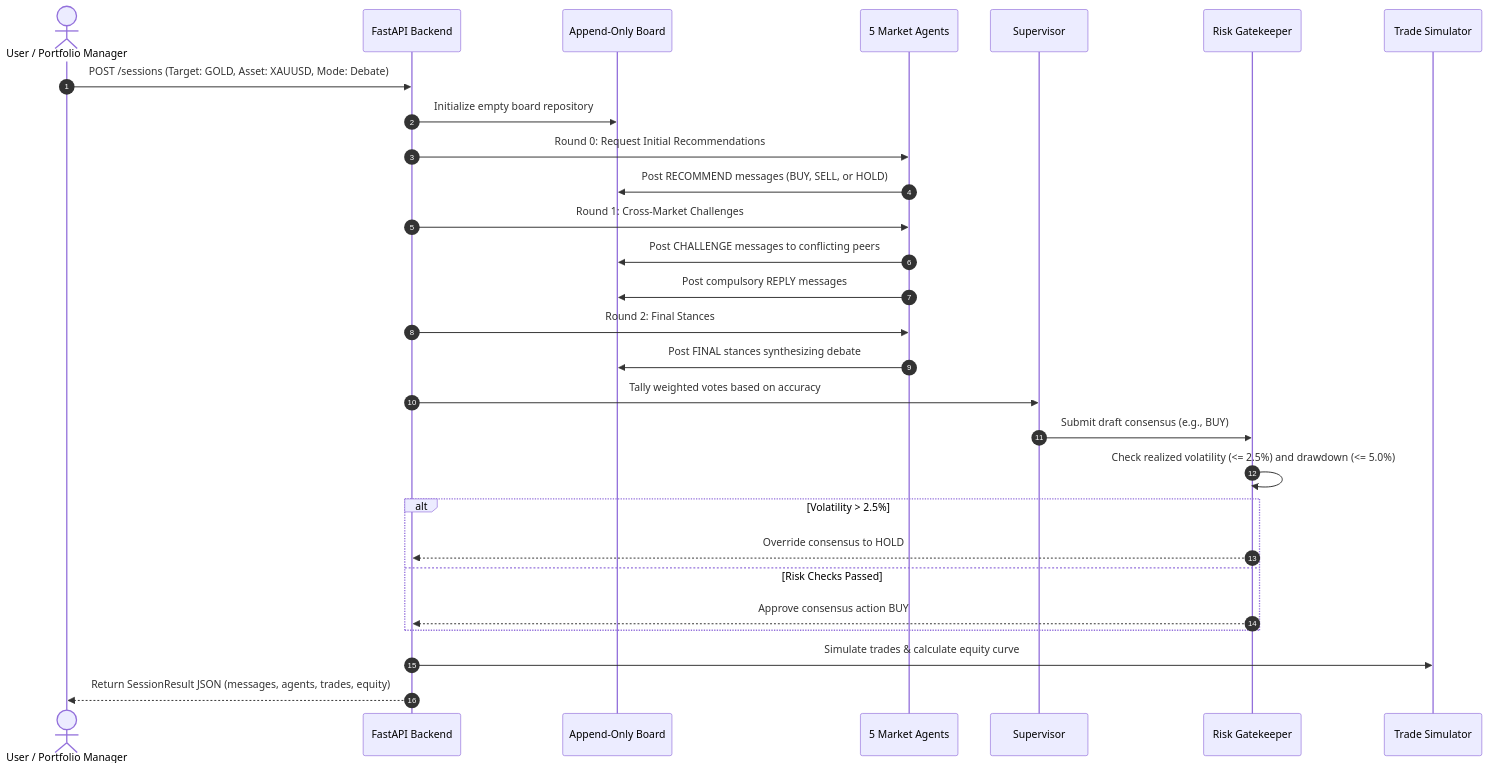
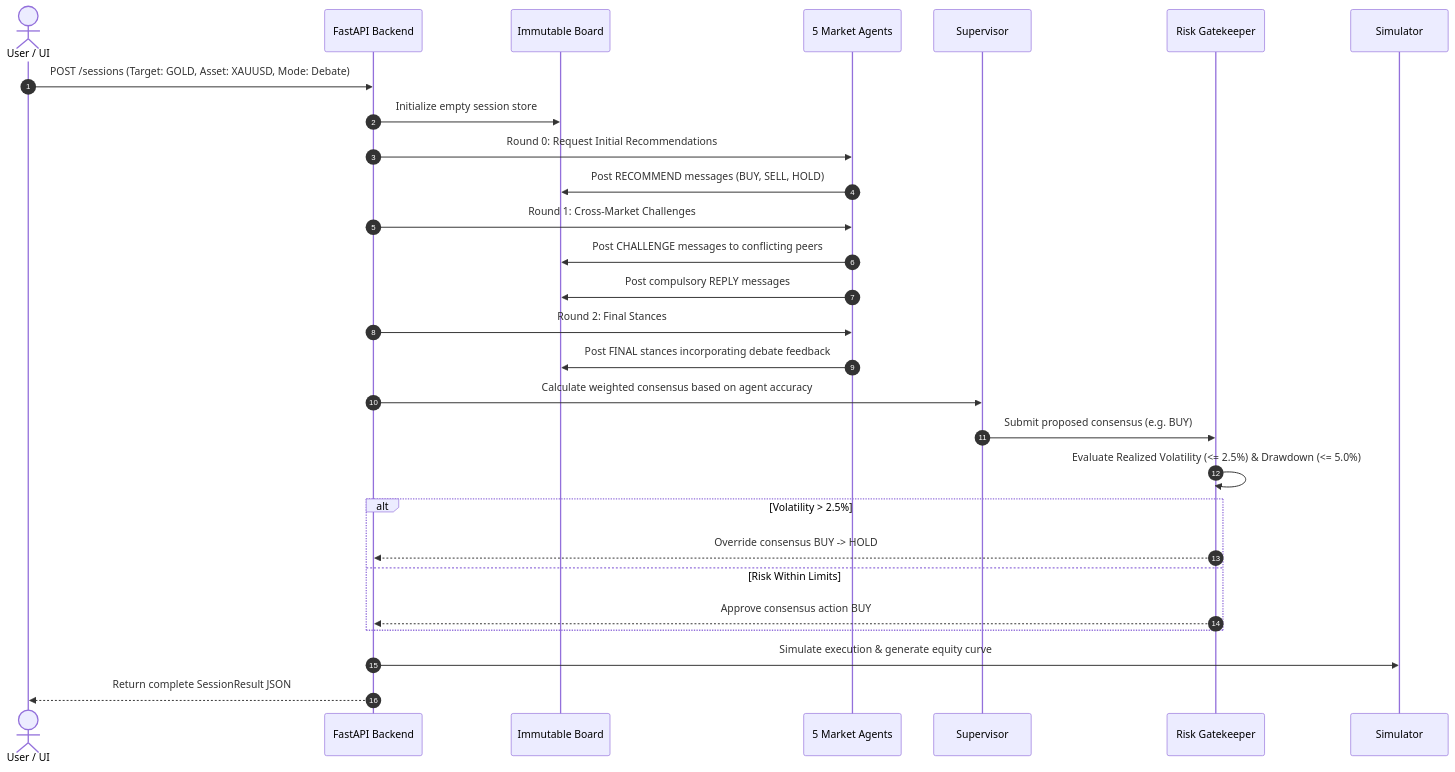
Before and after one commit to Shahmeer001/QORUM: the fourth of 5 diagrams in presentation.md, drawn with Mermaid. The commit also changed other lines of this file and 1 other file, not shown here.

Commit message:
Update presentation.md with full Marp-compatible slide deck, diagrams, and test details

````diff
--- a/presentation.md
+++ b/presentation.md
@@ -156,31 +131,31 @@
 ```mermaid
 sequenceDiagram
     autonumber
-    actor Trader as User / Portfolio Manager
+    actor Trader as User / UI
     participant API as FastAPI Backend
-    participant Board as Append-Only Board
+    participant Board as Immutable Board
     participant Agents as 5 Market Agents
     participant Sup as Supervisor
     participant Risk as Risk Gatekeeper
-    participant Sim as Trade Simulator
+    participant Sim as Simulator
 
     Trader->>API: POST /sessions (Target: GOLD, Asset: XAUUSD, Mode: Debate)
-    API->>Board: Initialize empty board repository
+    API->>Board: Initialize empty session store
     API->>Agents: Round 0: Request Initial Recommendations
-    Agents->>Board: Post RECOMMEND messages (BUY, SELL, or HOLD)
+    Agents->>Board: Post RECOMMEND messages (BUY, SELL, HOLD)
     API->>Agents: Round 1: Cross-Market Challenges
     Agents->>Board: Post CHALLENGE messages to conflicting peers
     Agents->>Board: Post compulsory REPLY messages
     API->>Agents: Round 2: Final Stances
-    Agents->>Board: Post FINAL stances synthesizing debate
-    API->>Sup: Tally weighted votes based on accuracy
-    Sup->>Risk: Submit draft consensus (e.g., BUY)
-    Risk->>Risk: Check realized volatility (<= 2.5%) and drawdown (<= 5.0%)
+    Agents->>Board: Post FINAL stances incorporating debate feedback
+    API->>Sup: Calculate weighted consensus based on agent accuracy
+    Sup->>Risk: Submit proposed consensus (e.g. BUY)
+    Risk->>Risk: Evaluate Realized Volatility (<= 2.5%) & Drawdown (<= 5.0%)
     alt Volatility > 2.5%
-        Risk-->>API: Override consensus to HOLD
-    else Risk Checks Passed
+        Risk-->>API: Override consensus BUY -> HOLD
+    else Risk Within Limits
         Risk-->>API: Approve consensus action BUY
     end
-    API->>Sim: Simulate trades & calculate equity curve
-    API-->>Trader: Return SessionResult JSON (messages, agents, trades, equity)
+    API->>Sim: Simulate execution & generate equity curve
+    API-->>Trader: Return complete SessionResult JSON
 ```
````
